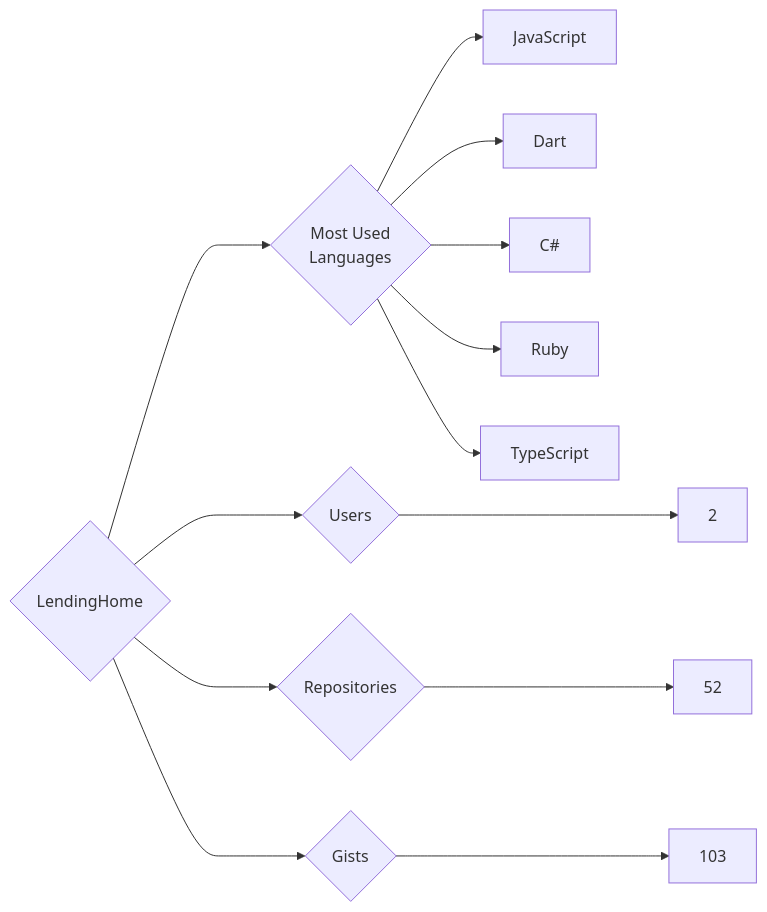
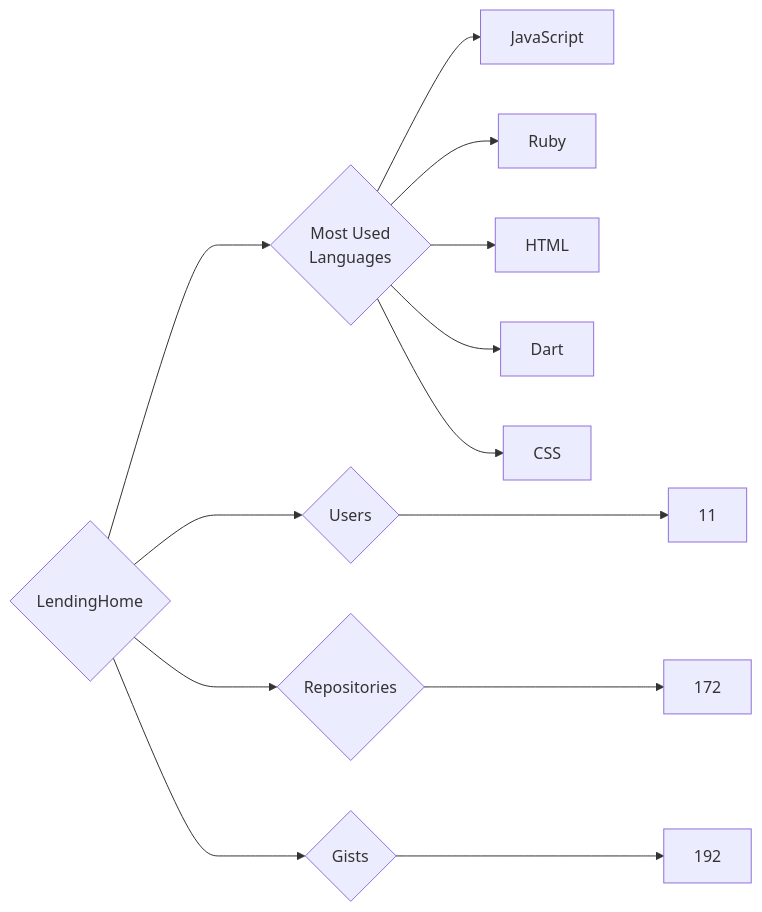
One commit to trickest/insiders changed the diagram in targets/LendingHome/README.md. Above: the diagram before and after it, drawn with Mermaid. The commit also changed 1696 other files, not shown here.

````diff
--- a/targets/LendingHome/README.md
+++ b/targets/LendingHome/README.md
@@ -3,13 +3,13 @@
 ```mermaid
 graph LR
 COMPANY_NAME{LendingHome}
-COMPANY_NAME ---> U{Users} ---> UN[2]
-COMPANY_NAME ---> R{Repositories} ---> RN[52]
-COMPANY_NAME ---> G{Gists} ---> GN[103]
+COMPANY_NAME ---> U{Users} ---> UN[11]
+COMPANY_NAME ---> R{Repositories} ---> RN[172]
+COMPANY_NAME ---> G{Gists} ---> GN[192]
 COMPANY_NAME ---> ML{Most Used<br>Languages}
 ML --> JavaScript[JavaScript]
+ML --> Ruby[Ruby]
+ML --> HTML[HTML]
 ML --> Dart[Dart]
-ML --> C#[C#]
-ML --> Ruby[Ruby]
-ML --> TypeScript[TypeScript]
+ML --> CSS[CSS]
 ```
````
